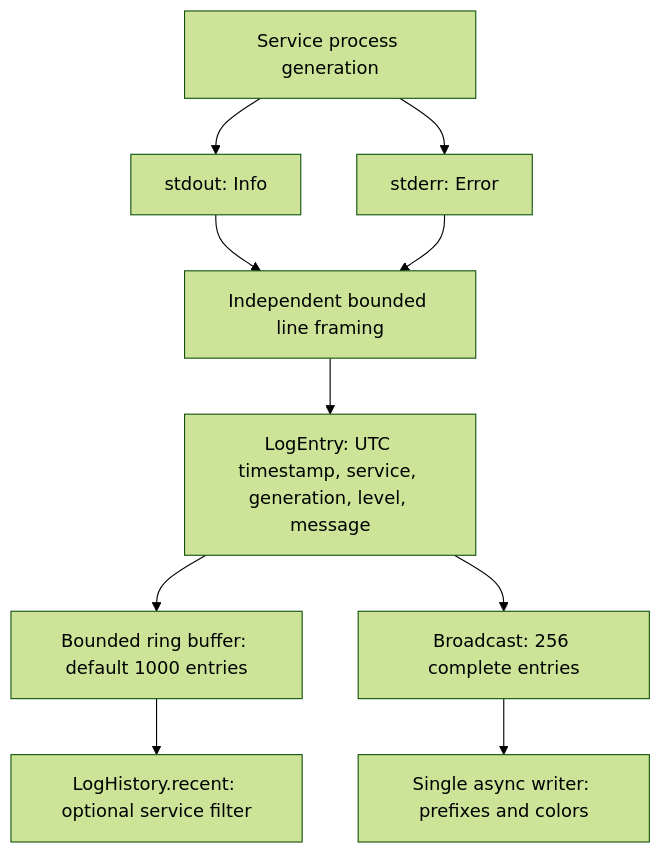
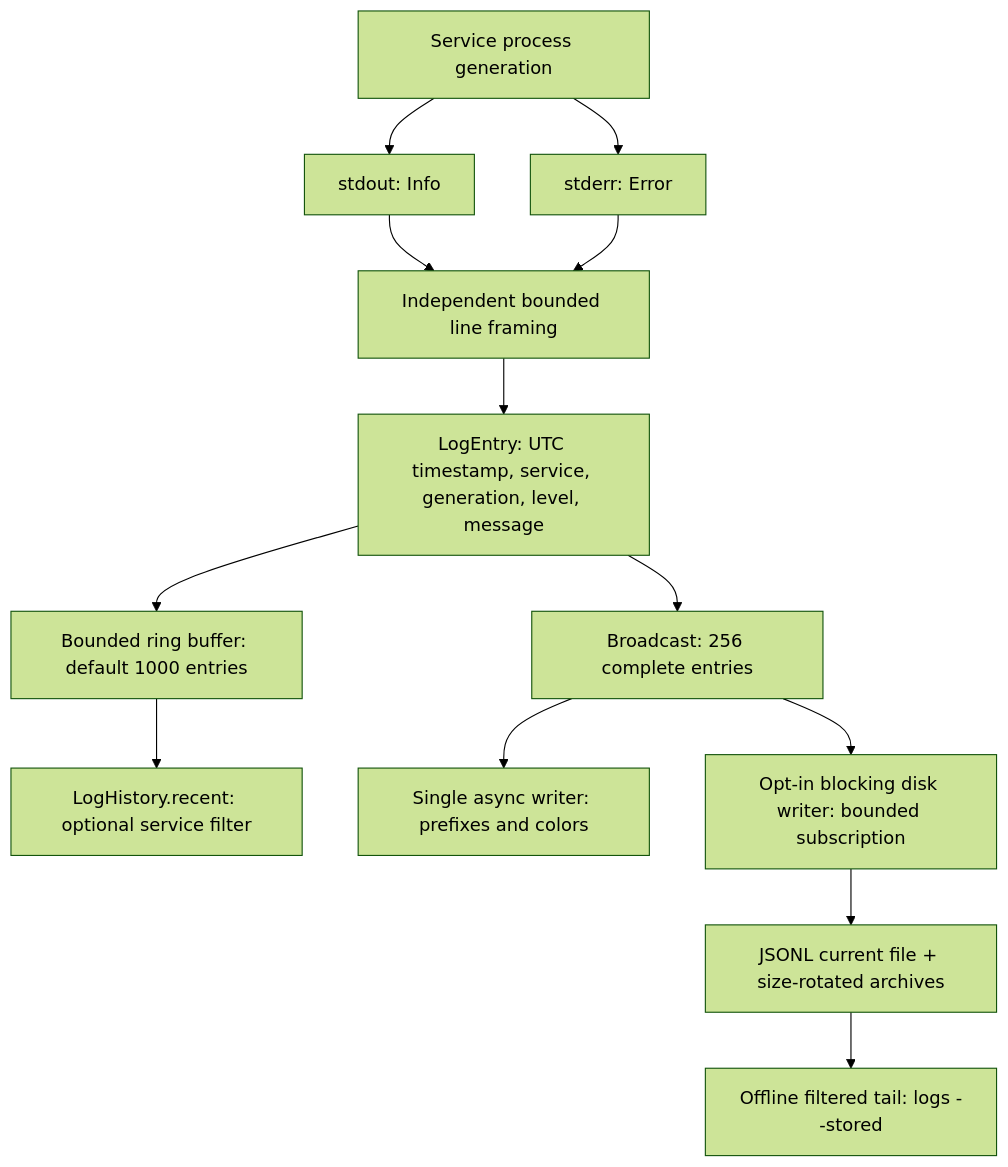
Before and after one commit to Ceng-0324/Devd: the second of 2 diagrams in ARCHITECTURE.md, drawn with Mermaid (forest theme). The commit also changed other lines of this file and 11 other files, not shown here.

Commit message:
feat(logging): persist and rotate instance logs with offline queries

````diff
--- a/ARCHITECTURE.md
+++ b/ARCHITECTURE.md
@@ -340,12 +340,15 @@
 ```mermaid
 flowchart TD
     process[Service process generation] --> stdout[stdout: Info]
     process --> stderr[stderr: Error]
     stdout --> frame[Independent bounded line framing]
     stderr --> frame
     frame --> entry[LogEntry: UTC timestamp, service, generation, level, message]
     entry --> history[Bounded ring buffer: default 1000 entries]
     entry --> live[Broadcast: 256 complete entries]
     history --> query[LogHistory.recent: optional service filter]
     live --> writer[Single async writer: prefixes and colors]
+    live --> disk[Opt-in blocking disk writer: bounded subscription]
+    disk --> files[JSONL current file + size-rotated archives]
+    files --> offline[Offline filtered tail: logs --stored]
 ```
````
